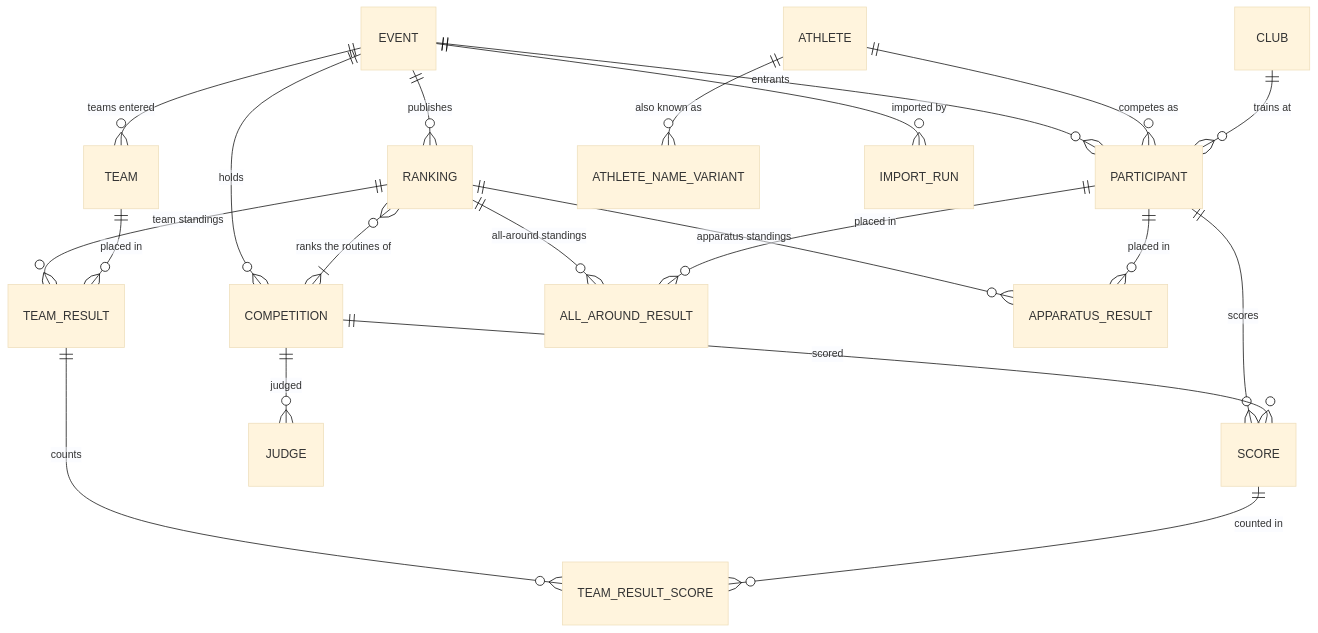
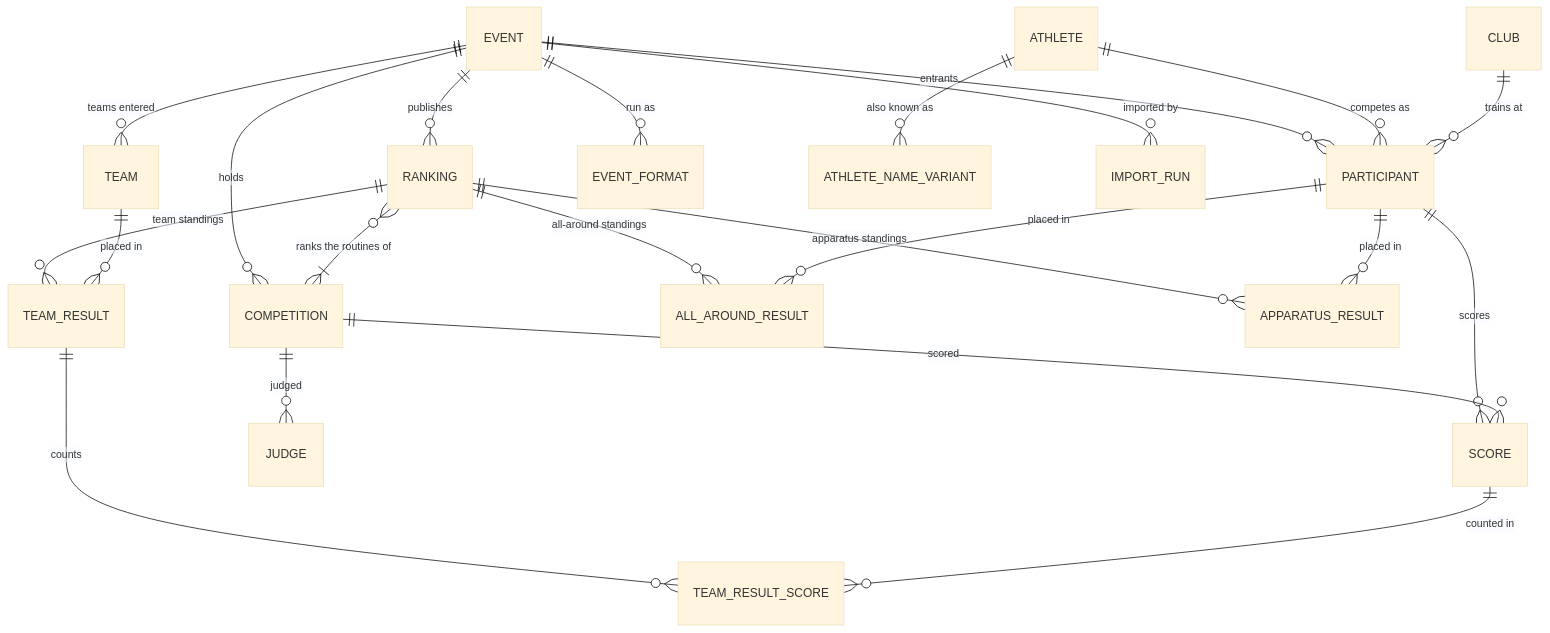
The diagram in backend/docs/data-model.md (doubletuck/gym-meet), drawn with Mermaid (base theme) before and after one commit. The commit also changed other lines of this file and 251 other files, not shown here.

````diff
--- a/backend/docs/data-model.md
+++ b/backend/docs/data-model.md
@@ -9,23 +9,24 @@
 ```mermaid
 erDiagram
     EVENT ||--o{ COMPETITION : holds
     EVENT ||--o{ PARTICIPANT : entrants
     EVENT ||--o{ RANKING : publishes
     EVENT ||--o{ TEAM : "teams entered"
+    EVENT ||--o{ EVENT_FORMAT : "run as"
     ATHLETE ||--o{ PARTICIPANT : "competes as"
     CLUB ||--o{ PARTICIPANT : "trains at"
     ATHLETE ||--o{ ATHLETE_NAME_VARIANT : "also known as"
     PARTICIPANT ||--o{ SCORE : scores
     COMPETITION ||--o{ SCORE : scored
     COMPETITION ||--o{ JUDGE : judged
     RANKING }o--|{ COMPETITION : "ranks the routines of"
     RANKING ||--o{ TEAM_RESULT : "team standings"
     RANKING ||--o{ ALL_AROUND_RESULT : "all-around standings"
     RANKING ||--o{ APPARATUS_RESULT : "apparatus standings"
     TEAM ||--o{ TEAM_RESULT : "placed in"
     PARTICIPANT ||--o{ ALL_AROUND_RESULT : "placed in"
     PARTICIPANT ||--o{ APPARATUS_RESULT : "placed in"
     TEAM_RESULT ||--o{ TEAM_RESULT_SCORE : "counts"
     SCORE ||--o{ TEAM_RESULT_SCORE : "counted in"
     EVENT ||--o{ IMPORT_RUN : "imported by"
 ```
````
